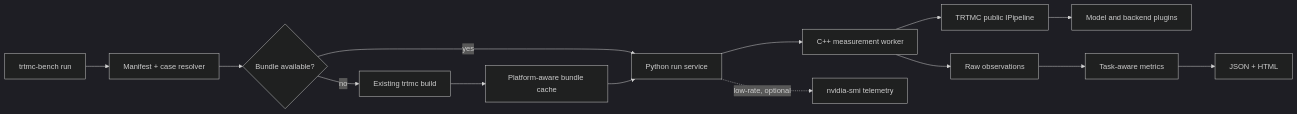
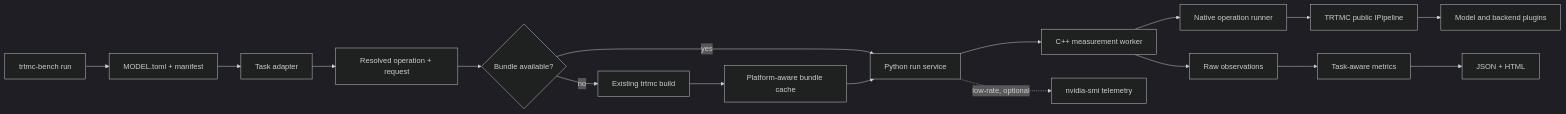
One commit to AbishekCoder1/TensorRT-Model-Connect changed the diagram in website/docs/reference/benchmarking.md. Above: the diagram before and after it, drawn with Mermaid (dark theme). The commit also changed other lines of this file and 9 other files, not shown here.

````diff
--- a/website/docs/reference/benchmarking.md
+++ b/website/docs/reference/benchmarking.md
@@ -148,16 +150,19 @@
 ```mermaid
 flowchart LR
-  CLI[trtmc-bench run] --> Resolver[Manifest + case resolver]
-  Resolver --> Bundle{Bundle available?}
+  CLI[trtmc-bench run] --> Catalog[MODEL.toml + manifest]
+  Catalog --> Adapter[Task adapter]
+  Adapter --> Case[Resolved operation + request]
+  Case --> Bundle{Bundle available?}
   Bundle -->|yes| Service[Python run service]
   Bundle -->|no| Build[Existing trtmc build]
   Build --> Cache[Platform-aware bundle cache]
   Cache --> Service
   Service --> Worker[C++ measurement worker]
-  Worker --> API[TRTMC public IPipeline]
+  Worker --> Runner[Native operation runner]
+  Runner --> API[TRTMC public IPipeline]
   API --> Plugin[Model and backend plugins]
   Worker --> Raw[Raw observations]
   Raw --> Metrics[Task-aware metrics]
   Metrics --> Report[JSON + HTML]
   Service -. low-rate, optional .-> Telemetry[nvidia-smi telemetry]
 ```
````
